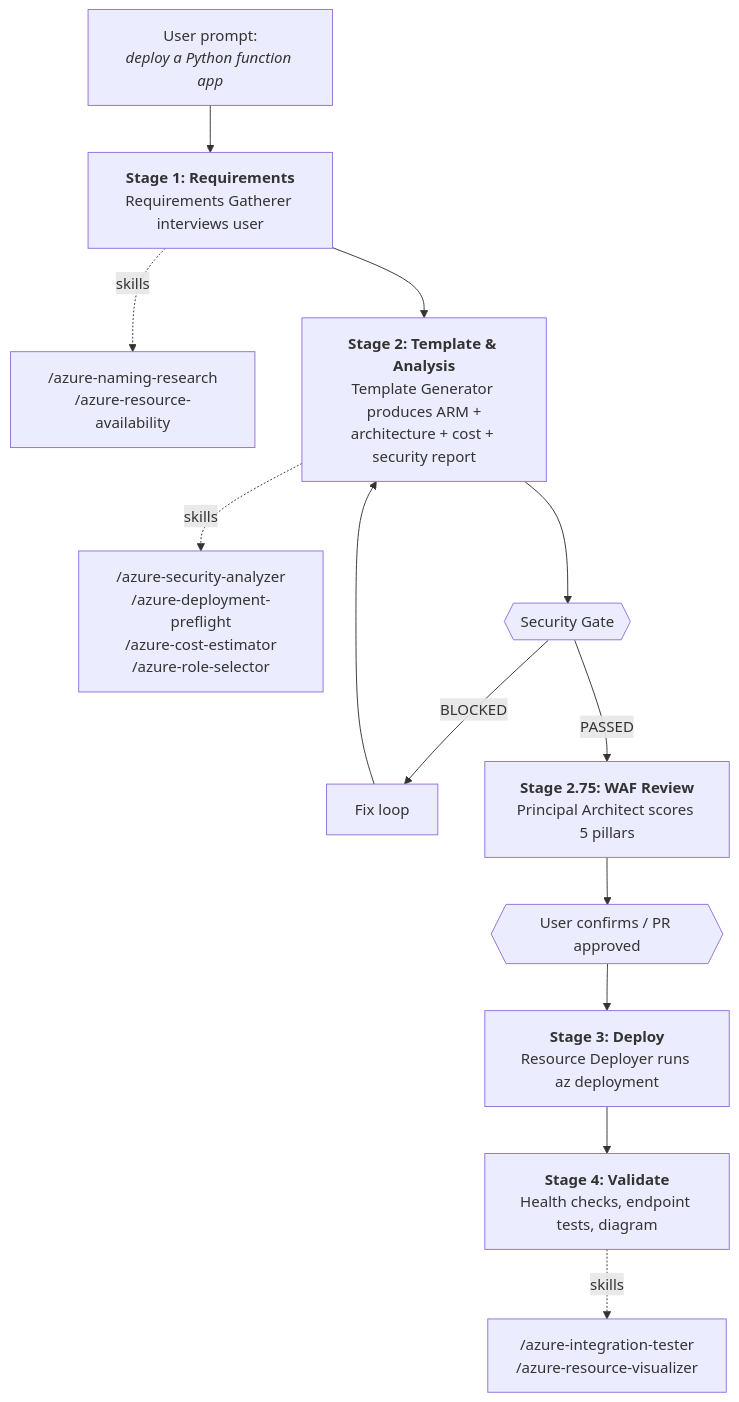
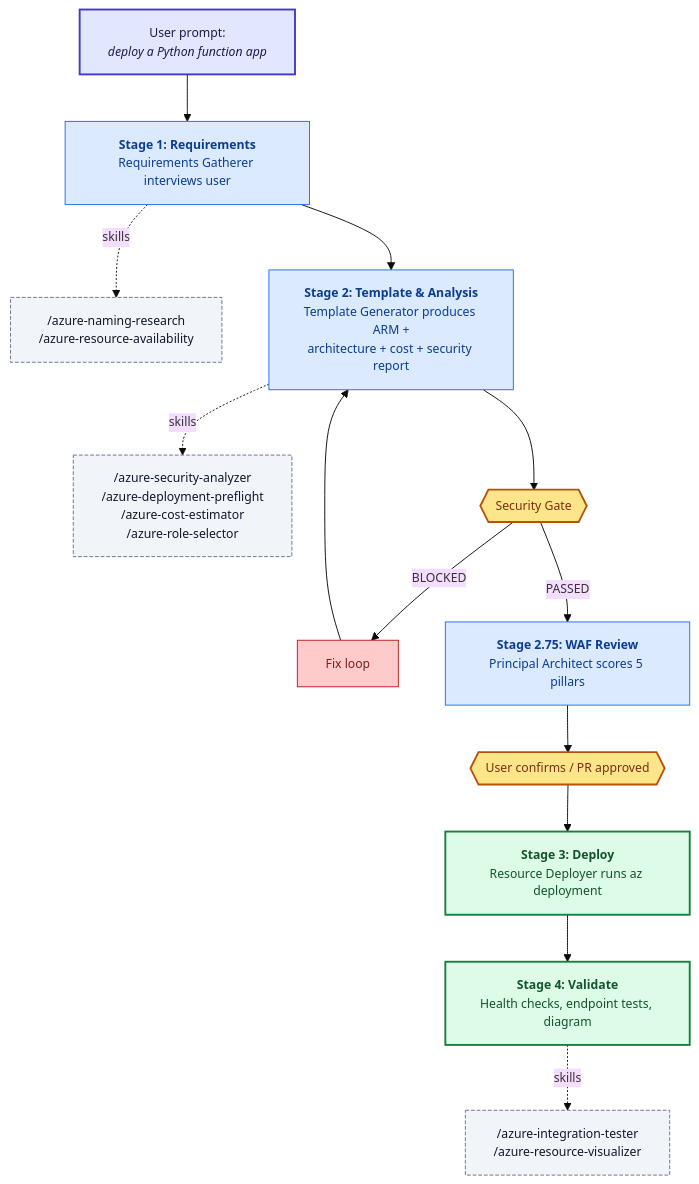
The second of 3 diagrams in README.md (Azure/git-ape), drawn with Mermaid before and after one commit. The commit also changed other lines of this file, not shown here.

Commit message:
docs: clarify README and add color theming to Mermaid diagrams

````diff
--- a/README.md
+++ b/README.md
@@ -153,36 +149,51 @@
 ```mermaid
+%%{init: {'theme':'base','themeVariables':{'fontSize':'13px'}}}%%
 graph TD
     U["User prompt:<br/><i>deploy a Python function app</i>"]
 
     U --> S1
 
     S1["<b>Stage 1: Requirements</b><br/>Requirements Gatherer interviews user"]
     SK1["/azure-naming-research<br/>/azure-resource-availability"]
 
     S1 -. skills .-> SK1
     S1 --> S2
 
     S2["<b>Stage 2: Template & Analysis</b><br/>Template Generator produces ARM +<br/>architecture + cost + security report"]
     SK2["/azure-security-analyzer<br/>/azure-deployment-preflight<br/>/azure-cost-estimator<br/>/azure-role-selector"]
 
     S2 -. skills .-> SK2
     S2 --> GATE
 
     GATE{{"Security Gate"}}
     GATE -- "BLOCKED" --> FIX["Fix loop"] --> S2
     GATE -- "PASSED" --> WAF
 
     WAF["<b>Stage 2.75: WAF Review</b><br/>Principal Architect scores 5 pillars"]
     WAF --> CONFIRM
 
     CONFIRM{{"User confirms / PR approved"}}
     CONFIRM --> S3
 
     S3["<b>Stage 3: Deploy</b><br/>Resource Deployer runs az deployment"]
     S3 --> S4
 
     S4["<b>Stage 4: Validate</b><br/>Health checks, endpoint tests, diagram"]
     SK4["/azure-integration-tester<br/>/azure-resource-visualizer"]
 
     S4 -. skills .-> SK4
+
+    classDef user fill:#e0e7ff,stroke:#4338ca,stroke-width:2px,color:#1e1b4b
+    classDef stage fill:#dbeafe,stroke:#1f6feb,stroke-width:1px,color:#0b3d91
+    classDef skill fill:#f1f5f9,stroke:#64748b,stroke-width:1px,color:#0f172a,stroke-dasharray: 4 2
+    classDef gate fill:#fde68a,stroke:#b45309,stroke-width:2px,color:#7c2d12
+    classDef fix fill:#fecaca,stroke:#b91c1c,stroke-width:1px,color:#7f1d1d
+    classDef deploy fill:#dcfce7,stroke:#15803d,stroke-width:2px,color:#14532d
+
+    class U user
+    class S1,S2,WAF stage
+    class SK1,SK2,SK4 skill
+    class GATE,CONFIRM gate
+    class FIX fix
+    class S3,S4 deploy
 ```
````
